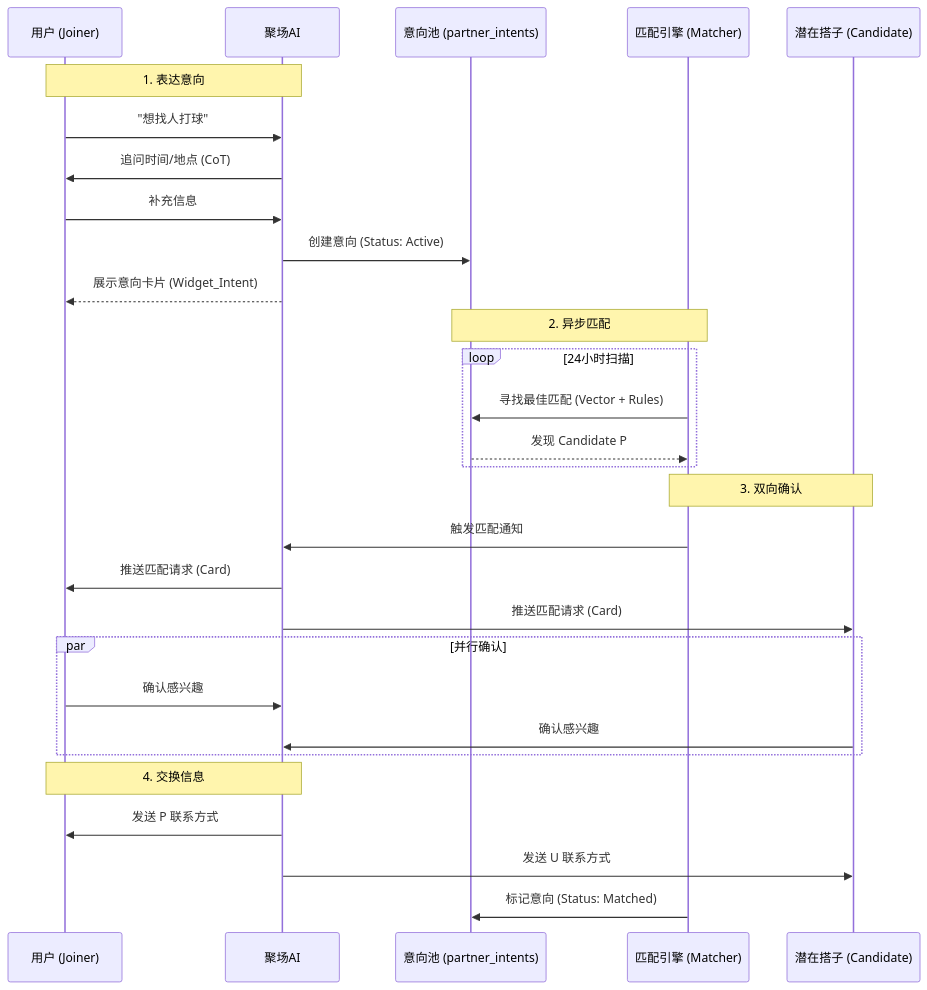
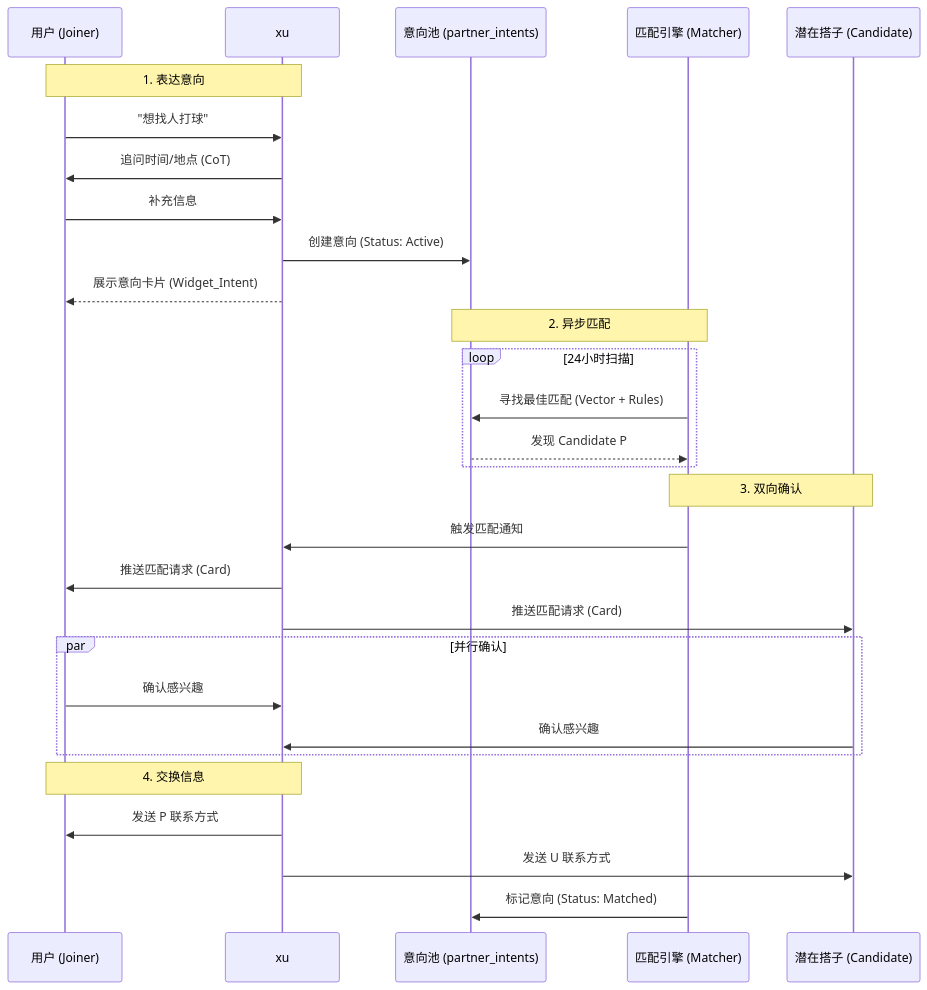
One commit to sylasxu/xu changed the first of 3 diagrams in docs/PRD.md. Above: the diagram before and after it, drawn with Mermaid. The commit also changed other lines of this file and 163 other files, not shown here.

````diff
--- a/docs/PRD.md
+++ b/docs/PRD.md
@@ -250,36 +250,36 @@
 ```mermaid
 sequenceDiagram
     participant U as 用户 (Joiner)
-    participant AI as 聚场AI
+    participant AI as xu
     participant DB as 意向池 (partner_intents)
     participant M as 匹配引擎 (Matcher)
     participant P as 潜在搭子 (Candidate)
 
     Note over U, AI: 1. 表达意向
     U->>AI: "想找人打球"
     AI->>U: 追问时间/地点 (CoT)
     U->>AI: 补充信息
     AI->>DB: 创建意向 (Status: Active)
     AI-->>U: 展示意向卡片 (Widget_Intent)
     
     Note over DB, M: 2. 异步匹配
     loop 24小时扫描
         M->>DB: 寻找最佳匹配 (Vector + Rules)
         DB-->>M: 发现 Candidate P
     end
     
     Note over M, P: 3. 双向确认
     M->>AI: 触发匹配通知
     AI->>U: 推送匹配请求 (Card)
     AI->>P: 推送匹配请求 (Card)
     
     par 并行确认
         U->>AI: 确认感兴趣
         P->>AI: 确认感兴趣
     end
     
     Note over AI, U: 4. 交换信息
     AI->>U: 发送 P 联系方式
     AI->>P: 发送 U 联系方式
     M->>DB: 标记意向 (Status: Matched)
 ```
````
